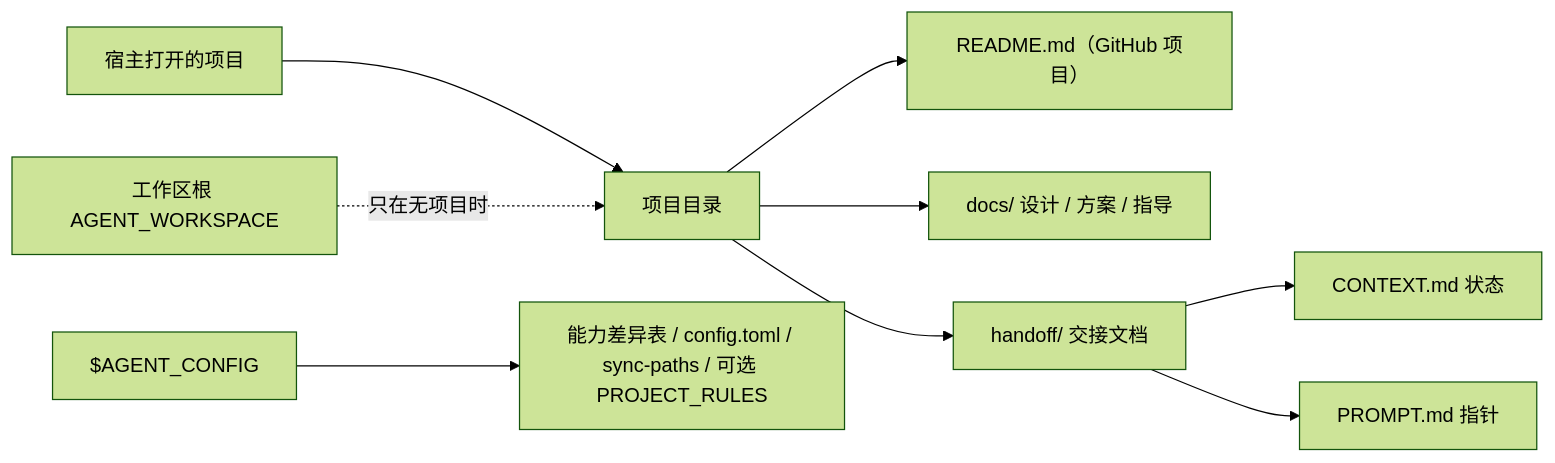
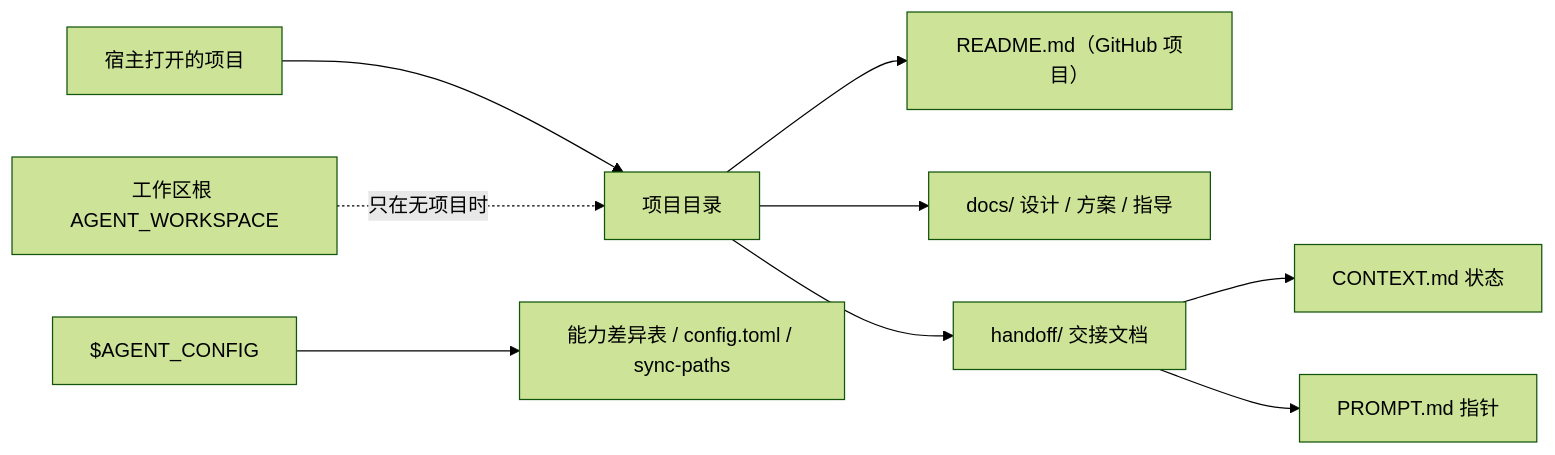
Before and after one commit to Lizardon386/multi-agent-task-handoff: the first of 6 diagrams in docs/DESIGN.md, drawn with Mermaid (forest theme). The commit also changed other lines of this file, not shown here.

Commit message:
docs: 修正 DESIGN 图悬空节点与失准标签

````diff
--- a/docs/DESIGN.md
+++ b/docs/DESIGN.md
@@ -41,11 +41,11 @@
 ```mermaid
 flowchart LR
   H[宿主打开的项目] --> P[项目目录]
   P --> R[README.md（GitHub 项目）]
   P --> DOCS[docs/ 设计 / 方案 / 指导]
   P --> D[handoff/ 交接文档]
   D --> C[CONTEXT.md 状态]
   D --> M[PROMPT.md 指针]
-  W[工作区根 AGENT_WORKSPACE] -. 只在无项目时.-> P
-  G[$AGENT_CONFIG] --> K[能力差异表 / config.toml / sync-paths / 可选 PROJECT_RULES]
+  W[工作区根 AGENT_WORKSPACE] -. 只在无项目时 .-> P
+  G[$AGENT_CONFIG] --> K[能力差异表 / config.toml / sync-paths]
 ```
````
